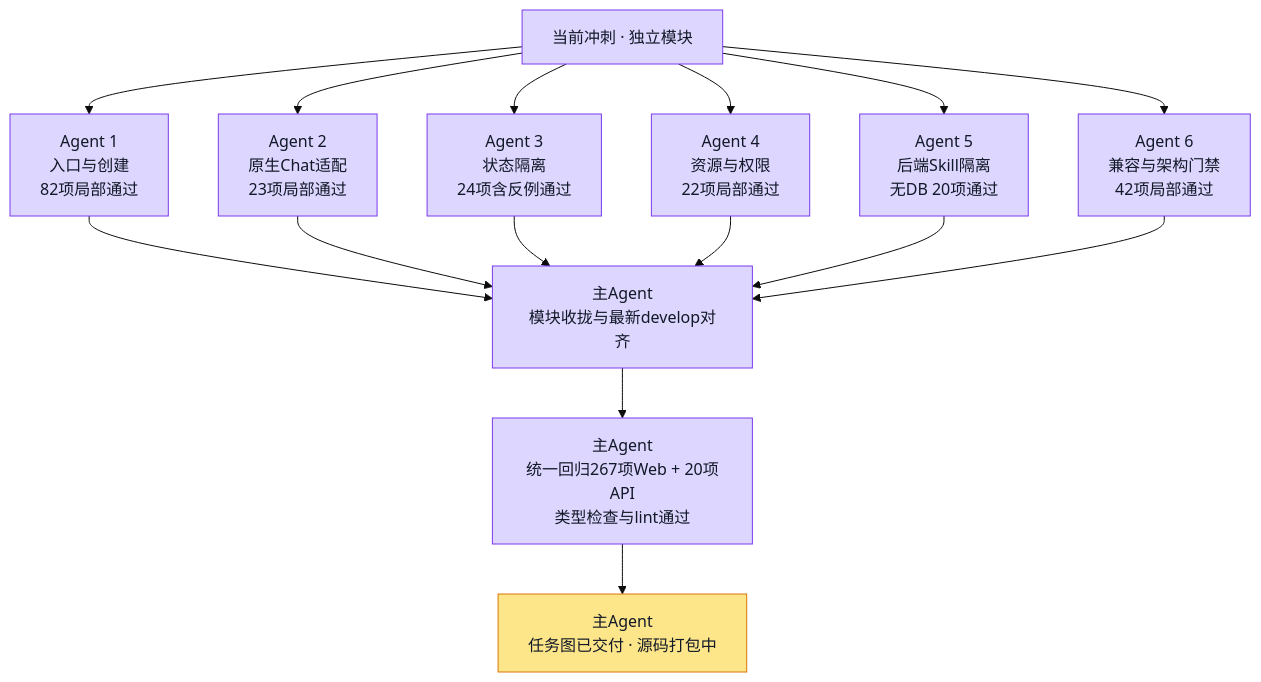
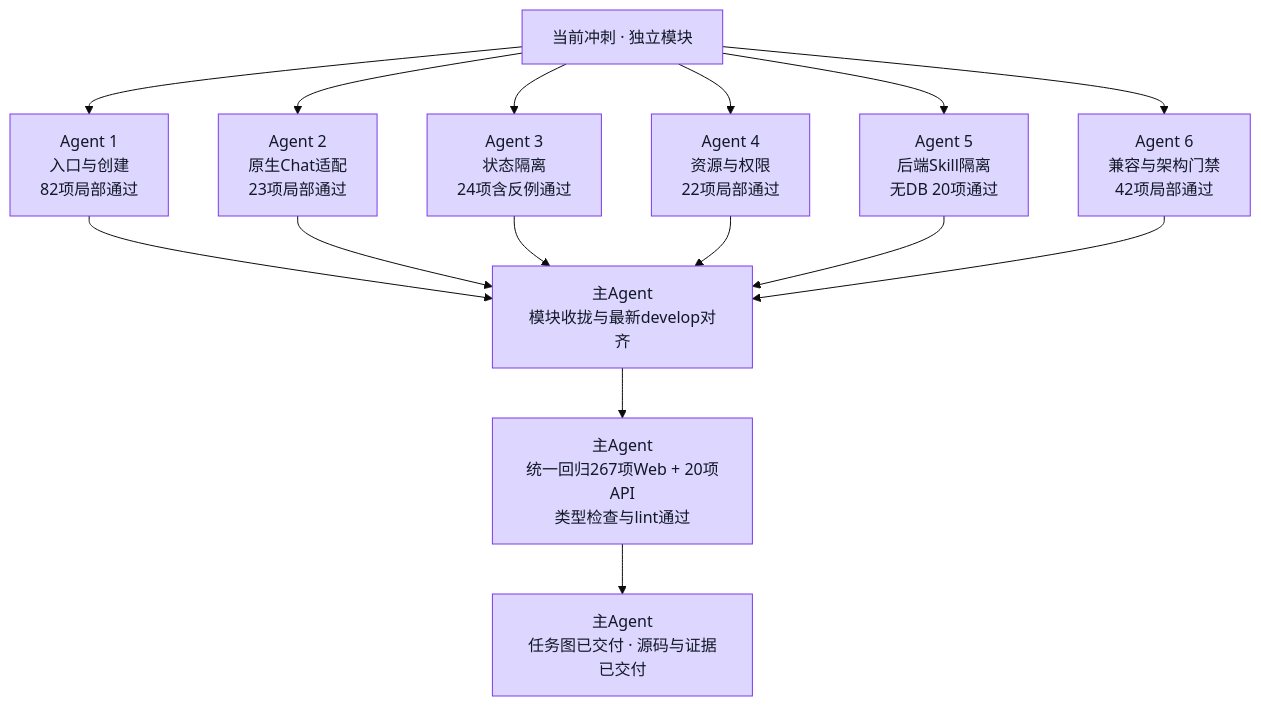
Before and after one commit to boardx/workspacex: the diagram in docs/evidence/aidt-native/module-isolation/backlog.md, drawn with Mermaid (base theme). The commit also changed other lines of this file and 4 other files, not shown here.

````diff
--- a/docs/evidence/aidt-native/module-isolation/backlog.md
+++ b/docs/evidence/aidt-native/module-isolation/backlog.md
@@ -7,22 +7,21 @@
 ```mermaid
 flowchart TB
   G["当前冲刺 · 独立模块"]
   A1["Agent 1<br/>入口与创建<br/>82项局部通过"]
   A2["Agent 2<br/>原生Chat适配<br/>23项局部通过"]
   A3["Agent 3<br/>状态隔离<br/>24项含反例通过"]
   A4["Agent 4<br/>资源与权限<br/>22项局部通过"]
   A5["Agent 5<br/>后端Skill隔离<br/>无DB 20项通过"]
   A6["Agent 6<br/>兼容与架构门禁<br/>42项局部通过"]
   I["主Agent<br/>模块收拢与最新develop对齐"]
   V["主Agent<br/>统一回归267项Web + 20项API<br/>类型检查与lint通过"]
-  D["主Agent<br/>任务图已交付 · 源码打包中"]
+  D["主Agent<br/>任务图已交付 · 源码与证据已交付"]
   G --> A1 & A2 & A3 & A4 & A5 & A6
   A1 & A2 & A3 & A4 & A5 & A6 --> I --> V --> D
   classDef todo fill:#e5e7eb,stroke:#6b7280,color:#111827
   classDef doing fill:#fde68a,stroke:#d97706,color:#111827
   classDef done fill:#bbf7d0,stroke:#16a34a,color:#111827
   classDef tested fill:#ddd6fe,stroke:#7c3aed,color:#111827
   classDef blocked fill:#fecaca,stroke:#dc2626,color:#111827
-  class G,A1,A2,A3,A4,A5,A6,I,V tested
-  class D doing
+  class G,A1,A2,A3,A4,A5,A6,I,V,D tested
 ```
````
